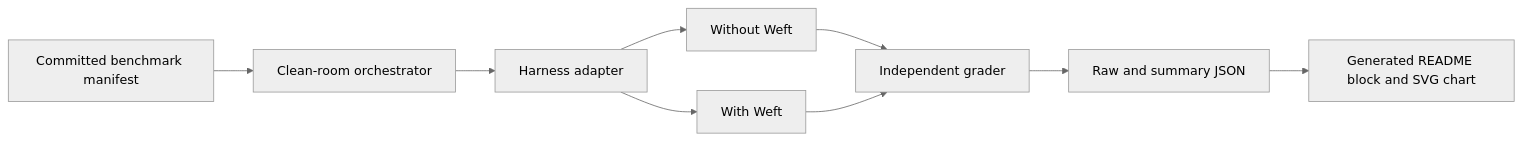
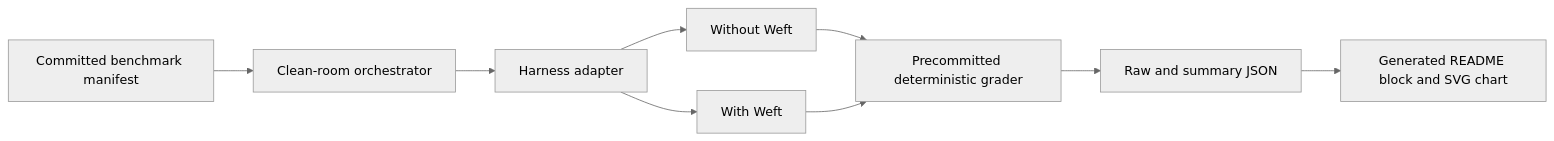
The diagram in docs/architecture/skill-benchmark-runner.md (weftlabs/skills), drawn with Mermaid (neutral theme) before and after one commit. The commit also changed other lines of this file and 9 other files, not shown here.

````diff
--- a/docs/architecture/skill-benchmark-runner.md
+++ b/docs/architecture/skill-benchmark-runner.md
@@ -17,11 +20,11 @@
 ```mermaid
 flowchart LR
   M[Committed benchmark manifest] --> O[Clean-room orchestrator]
   O --> H[Harness adapter]
   H --> N[Without Weft]
   H --> W[With Weft]
-  N --> G[Independent grader]
+  N --> G[Precommitted deterministic grader]
   W --> G
   G --> J[Raw and summary JSON]
   J --> R[Generated README block and SVG chart]
 ```
````
